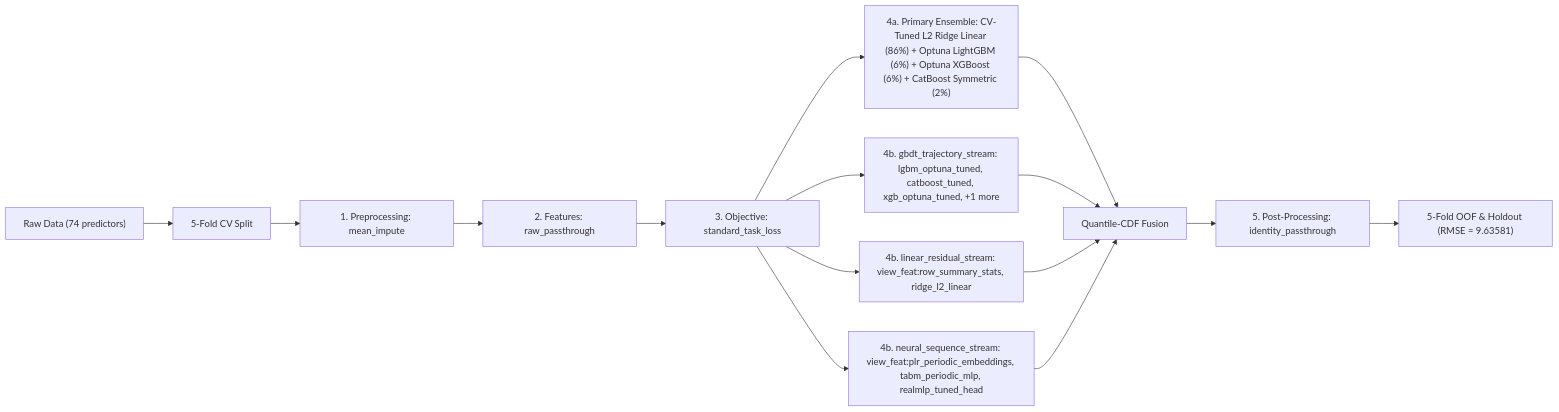
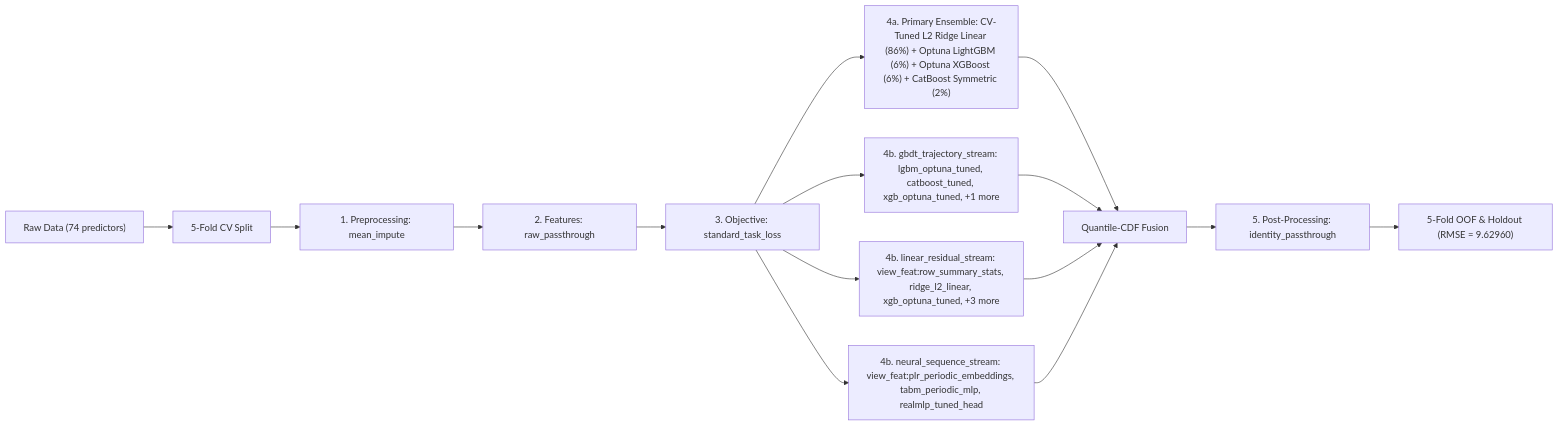
One commit to stefanoclss/ROGII-Wellbore-Geology-Prediction changed the diagram in README.md. Above: the diagram before and after it, drawn with Mermaid. The commit also changed other lines of this file, not shown here.

First line of the commit message:
docs(readme): refresh verified OOF benchmark & build ledger (RMSE=9.62960)

````diff
--- a/README.md
+++ b/README.md
@@ -72,17 +73,17 @@
 ```mermaid
 flowchart LR
     DATA["Raw Data (74 predictors)"] --> SPLIT["5-Fold CV Split"]
     SPLIT --> PRE["1. Preprocessing: mean_impute"]
     PRE --> FEAT["2. Features: raw_passthrough"]
     FEAT --> OBJ["3. Objective: standard_task_loss"]
     OBJ --> M0["4a. Primary Ensemble: CV-Tuned L2 Ridge Linear (86%) + Optuna LightGBM (6%) + Optuna XGBoost (6%) + CatBoost Symmetric (2%)"]
     M0 --> FUSE["Quantile-CDF Fusion"]
     OBJ --> S1["4b. gbdt_trajectory_stream: lgbm_optuna_tuned, catboost_tuned, xgb_optuna_tuned, +1 more"]
     S1 --> FUSE
-    OBJ --> S2["4b. linear_residual_stream: view_feat:row_summary_stats, ridge_l2_linear"]
+    OBJ --> S2["4b. linear_residual_stream: view_feat:row_summary_stats, ridge_l2_linear, xgb_optuna_tuned, +3 more"]
     S2 --> FUSE
     OBJ --> S3["4b. neural_sequence_stream: view_feat:plr_periodic_embeddings, tabm_periodic_mlp, realmlp_tuned_head"]
     S3 --> FUSE
     FUSE --> POST["5. Post-Processing: identity_passthrough"]
-    POST --> OUT["5-Fold OOF & Holdout (RMSE = 9.63581)"]
+    POST --> OUT["5-Fold OOF & Holdout (RMSE = 9.62960)"]
 ```
````
